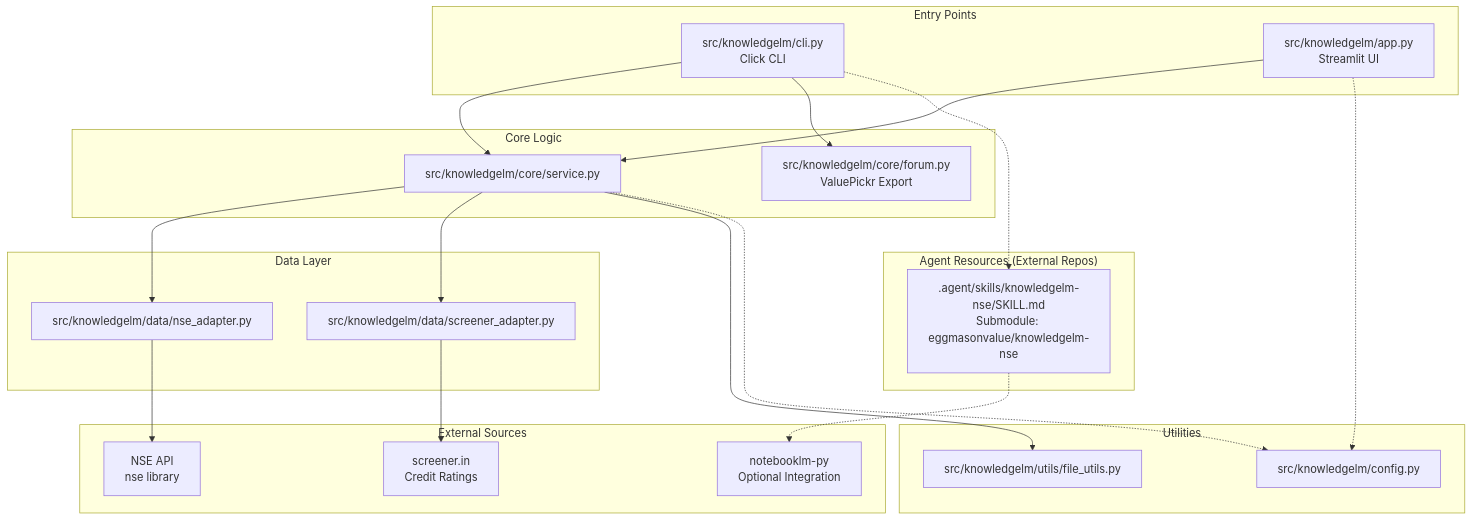
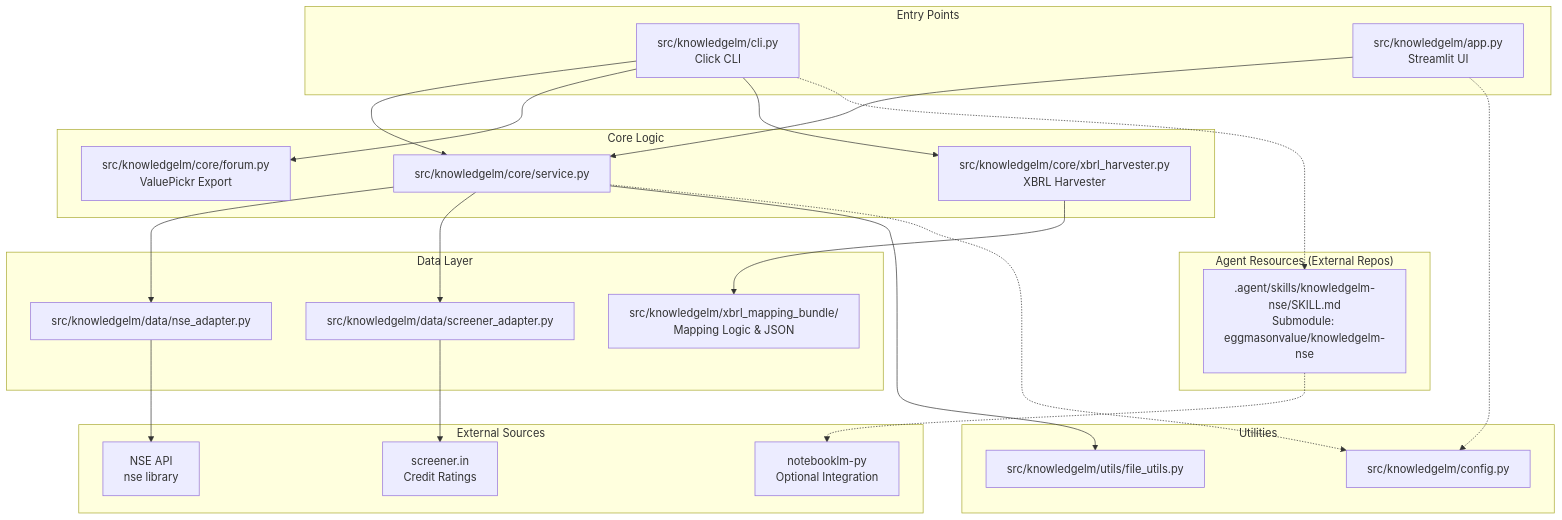
Before and after one commit to eggmasonvalue/KnowledgeLM: the first of 2 diagrams in .context/ARCHITECTURE.md, drawn with Mermaid. The commit also changed other lines of this file and 14 other files, not shown here.

````diff
--- a/.context/ARCHITECTURE.md
+++ b/.context/ARCHITECTURE.md
@@ -5,45 +5,49 @@
 ```mermaid
 graph TD
     subgraph Entry["Entry Points"]
         CLI[src/knowledgelm/cli.py<br/>Click CLI]
         APP[src/knowledgelm/app.py<br/>Streamlit UI]
     end
     
     subgraph Logic["Core Logic"]
         SRV[src/knowledgelm/core/service.py]
         FORUM[src/knowledgelm/core/forum.py<br/>ValuePickr Export]
+        XBRL[src/knowledgelm/core/xbrl_harvester.py<br/>XBRL Harvester]
     end
     
     subgraph Data["Data Layer"]
         NSE_ADPT[src/knowledgelm/data/nse_adapter.py]
         SCR_ADPT[src/knowledgelm/data/screener_adapter.py]
+        XBRL_MAP[src/knowledgelm/xbrl_mapping_bundle/<br/>Mapping Logic & JSON]
     end
     
     subgraph Agent["Agent Resources (External Repos)"]
         SKILL[.agent/skills/knowledgelm-nse/SKILL.md<br/>Submodule: eggmasonvalue/knowledgelm-nse]
     end
     
     subgraph Utils["Utilities"]
         CONF[src/knowledgelm/config.py]
         F_UTIL[src/knowledgelm/utils/file_utils.py]
     end
     
     subgraph External["External Sources"]
         NSE_LIB[NSE API<br/>nse library]
         SCR_WEB[screener.in<br/>Credit Ratings]
         NLMPY[notebooklm-py<br/>Optional Integration]
     end
     
     CLI --> SRV
     CLI --> FORUM
+    CLI --> XBRL
     APP --> SRV
     SRV --> NSE_ADPT
     SRV --> SCR_ADPT
     SRV --> F_UTIL
+    XBRL --> XBRL_MAP
     NSE_ADPT --> NSE_LIB
     SCR_ADPT --> SCR_WEB
     CLI .-> SKILL
     SKILL .-> NLMPY
     APP ..-> CONF
     SRV ..-> CONF
 ```
````
